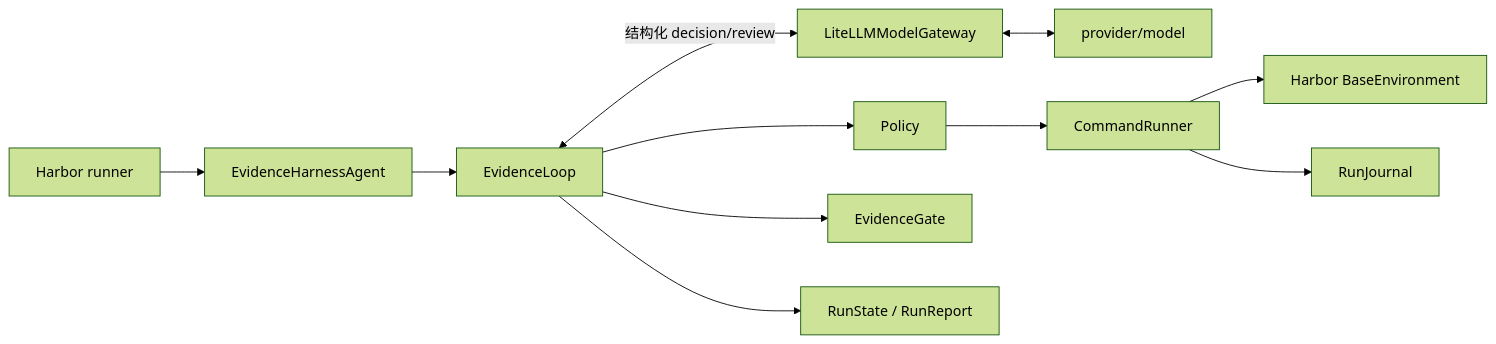
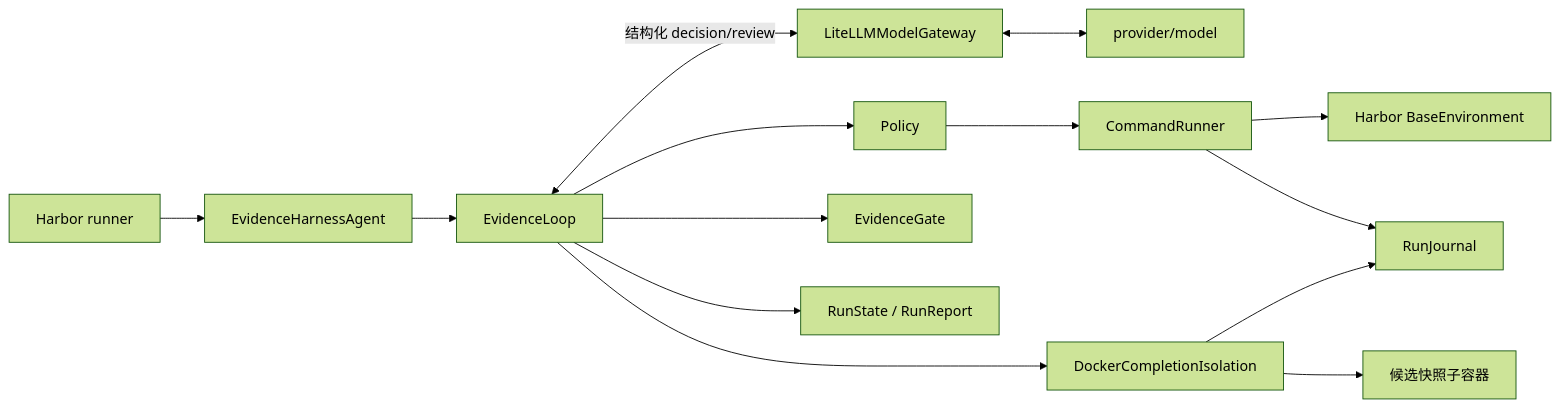
One commit to Duang777/Dharness changed the diagram in README.md. Above: the diagram before and after it, drawn with Mermaid (forest theme). The commit also changed other lines of this file and 53 other files, not shown here.

````diff
--- a/README.md
+++ b/README.md
@@ -101,13 +102,16 @@
 ```mermaid
 flowchart LR
     H[Harbor runner] --> A[EvidenceHarnessAgent]
     A --> L[EvidenceLoop]
     L <-->|结构化 decision/review| G[LiteLLMModelGateway]
     G <--> M[provider/model]
     L --> P[Policy]
     P --> C[CommandRunner]
     C --> E[Harbor BaseEnvironment]
+    L --> I[DockerCompletionIsolation]
+    I --> K[候选快照子容器]
     C --> J[RunJournal]
+    I --> J
     L --> V[EvidenceGate]
     L --> S[RunState / RunReport]
 ```
````
